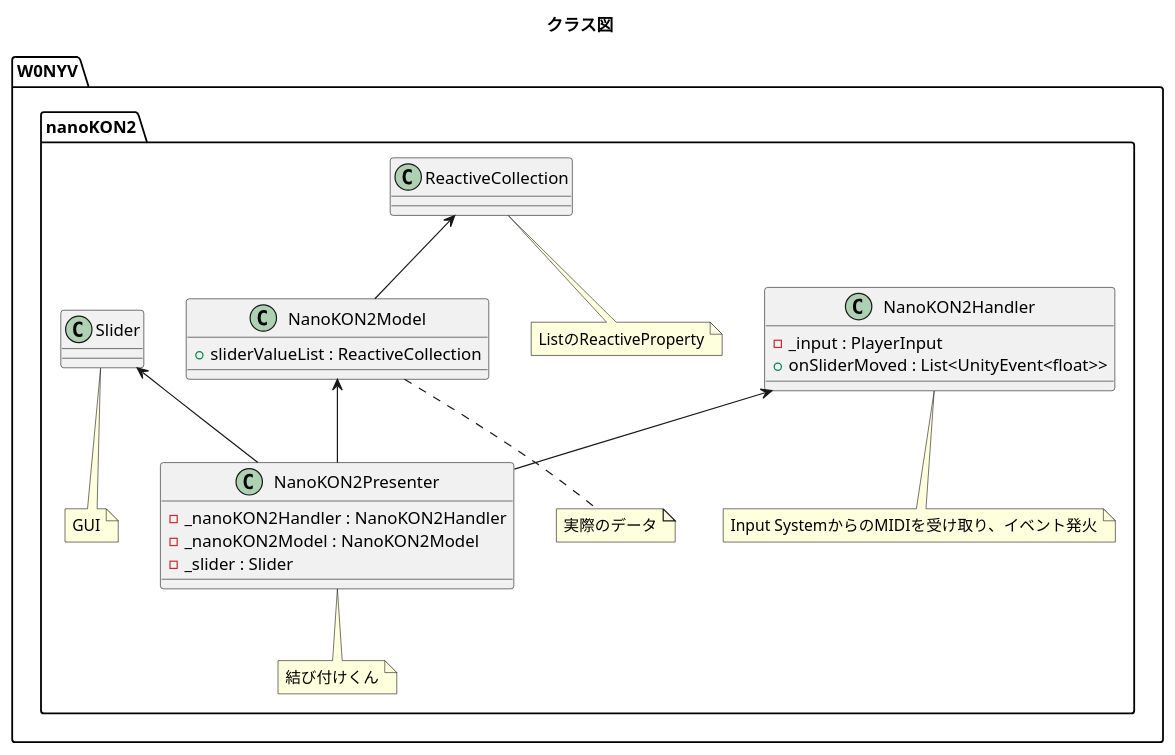
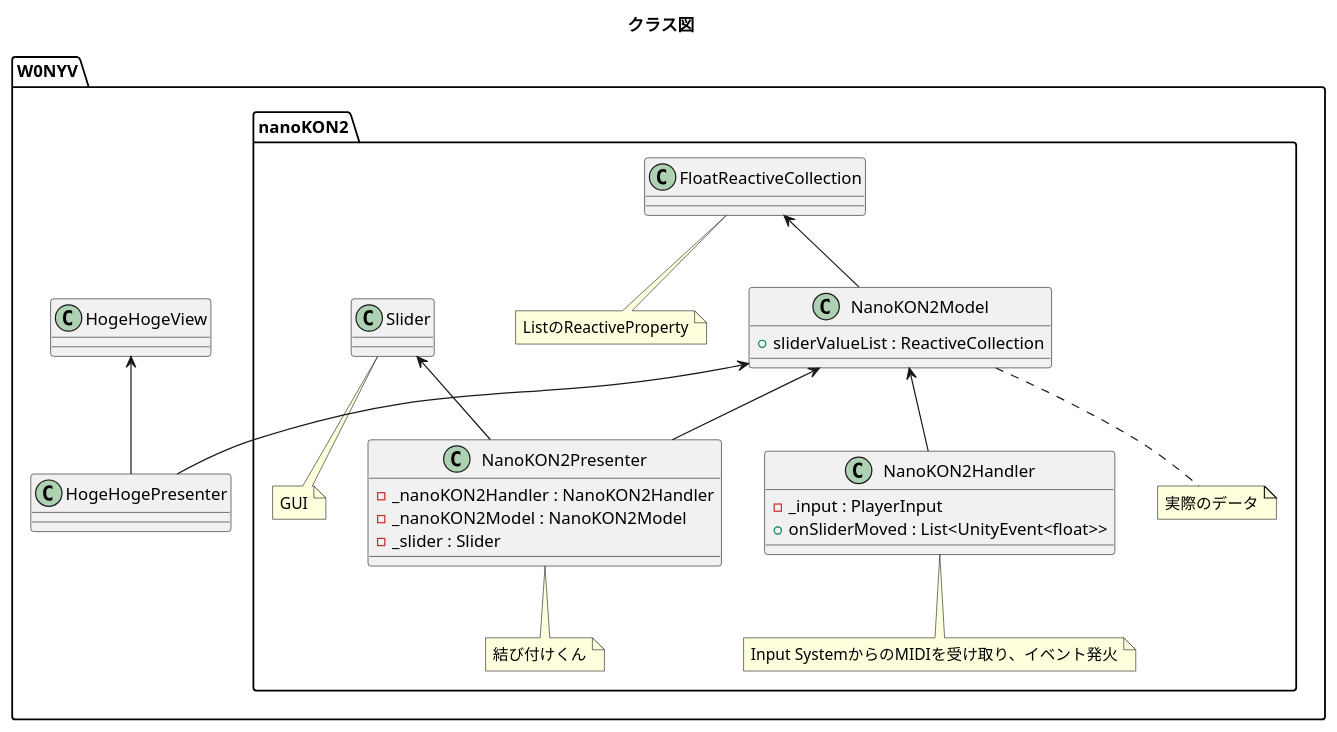
Before and after one commit to W0NYV/nanokon2-setup: the diagram in UML/class-diagram.pu, drawn with PlantUML. The commit also changed 9 other files, not shown here.

```diff
--- a/UML/class-diagram.pu
+++ b/UML/class-diagram.pu
@@ -1,43 +1,48 @@
 @startuml nanoKON2-Setup
 
 title クラス図
 
-namespace W0NYV.nanoKON2 {
+namespace W0NYV {
 
-    class NanoKON2Handler {
-        - _input : PlayerInput
-        + onSliderMoved : List<UnityEvent<float>>
+    namespace nanoKON2 {
+
+        class NanoKON2Handler {
+            - _input : PlayerInput
+            + onSliderMoved : List<UnityEvent<float>>
+        }
+        note bottom: Input SystemからのMIDIを受け取り、イベント発火
+
+        class NanoKON2Model {
+            + sliderValueList : ReactiveCollection
+        }
+        note bottom: 実際のデータ
+
+        class NanoKON2Presenter {
+            - _nanoKON2Handler : NanoKON2Handler
+            - _nanoKON2Model : NanoKON2Model
+            - _slider : Slider
+        }
+        note bottom: 結び付けくん
+
+        class FloatReactiveCollection {
+
+        }
+        note bottom: ListのReactiveProperty
+
+        class Slider {
+
+        }
+        note bottom: GUI
+
+        FloatReactiveCollection <-- NanoKON2Model
+        NanoKON2Model <-- NanoKON2Handler
+        NanoKON2Model <-- NanoKON2Presenter
+        Slider <-- NanoKON2Presenter
     }
-    note bottom: Input SystemからのMIDIを受け取り、イベント発火
 
-    class NanoKON2Model {
-        + sliderValueList : ReactiveCollection
-    }
-    note bottom: 実際のデータ
-
-    class NanoKON2Presenter {
-        - _nanoKON2Handler : NanoKON2Handler
-        - _nanoKON2Model : NanoKON2Model
-        - _slider : Slider
-    }
-    note bottom: 結び付けくん
-
-    class ReactiveCollection {
-
-    }
-    note bottom: ListのReactiveProperty
-
-    class Slider {
-
-    }
-    note bottom: GUI
-
-    ReactiveCollection <-- NanoKON2Model
-
-    NanoKON2Handler <-- NanoKON2Presenter
-    NanoKON2Model <-- NanoKON2Presenter
-    Slider <-- NanoKON2Presenter
+    W0NYV.nanoKON2.NanoKON2Model <-- HogeHogePresenter
+    HogeHogeView <-- HogeHogePresenter
 
 }
 
 @enduml
```
